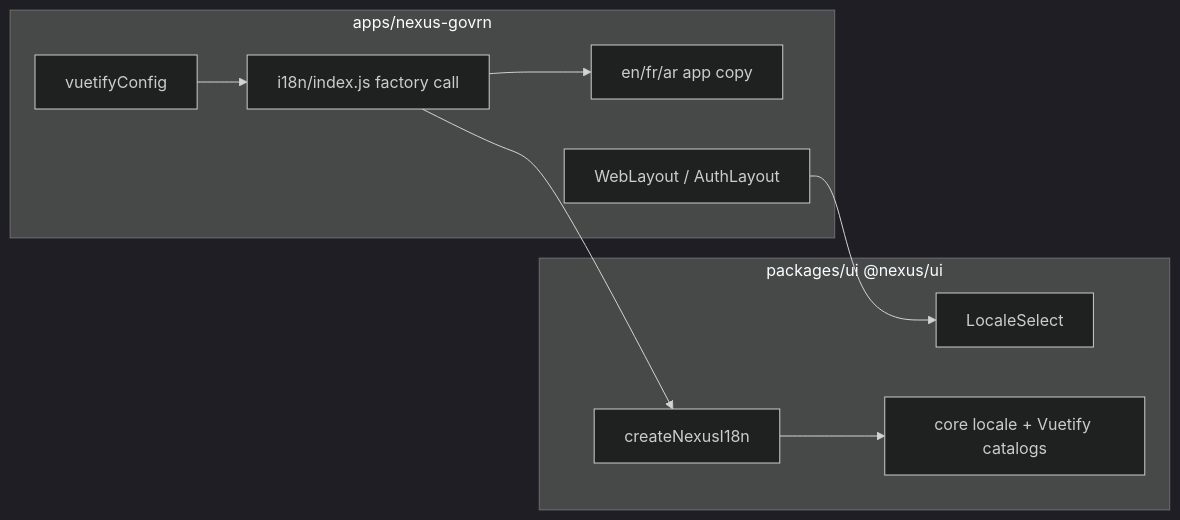
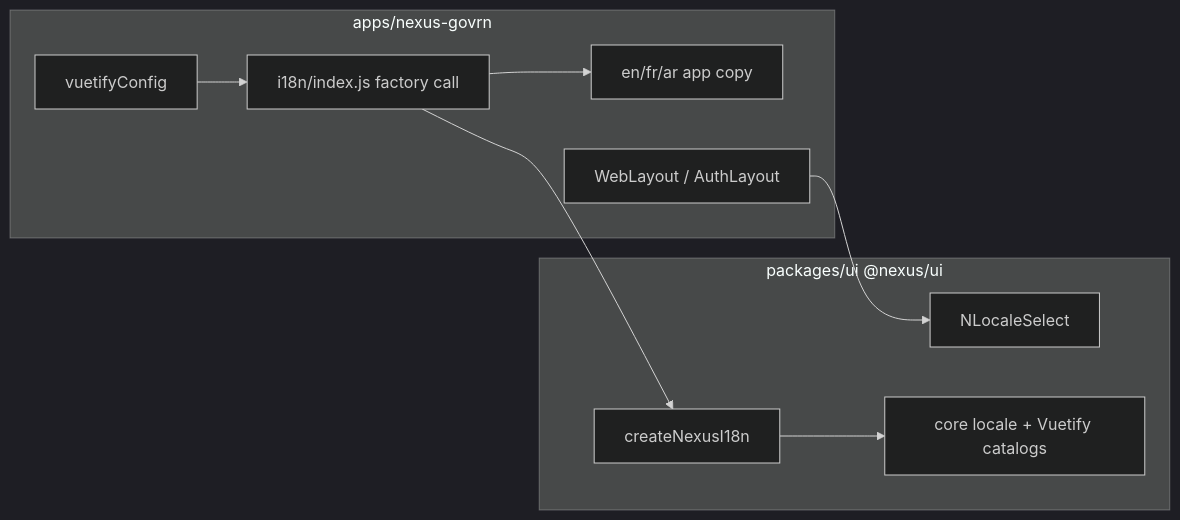
Before and after one commit to kasgarally/ik-nexus: the diagram in .cursor/plans/externalise_nexus_ui_e5c6ca75.plan.md, drawn with Mermaid (dark theme). The commit also changed other lines of this file and 27 other files, not shown here.

````diff
--- a/.cursor/plans/externalise_nexus_ui_e5c6ca75.plan.md
+++ b/.cursor/plans/externalise_nexus_ui_e5c6ca75.plan.md
@@ -55,19 +55,19 @@
 ```mermaid
 flowchart LR
   subgraph pkg ["packages/ui @nexus/ui"]
-    LocaleSelect
+    NLocaleSelect
     createNexusI18n
     coreLocales["core locale + Vuetify catalogs"]
   end
   subgraph app ["apps/nexus-govrn"]
     appI18n["i18n/index.js factory call"]
     appMsgs["en/fr/ar app copy"]
     vuetifyConfig
     layouts["WebLayout / AuthLayout"]
   end
   createNexusI18n --> coreLocales
   appI18n --> createNexusI18n
   appI18n --> appMsgs
-  layouts --> LocaleSelect
+  layouts --> NLocaleSelect
   vuetifyConfig --> appI18n
 ```
````
